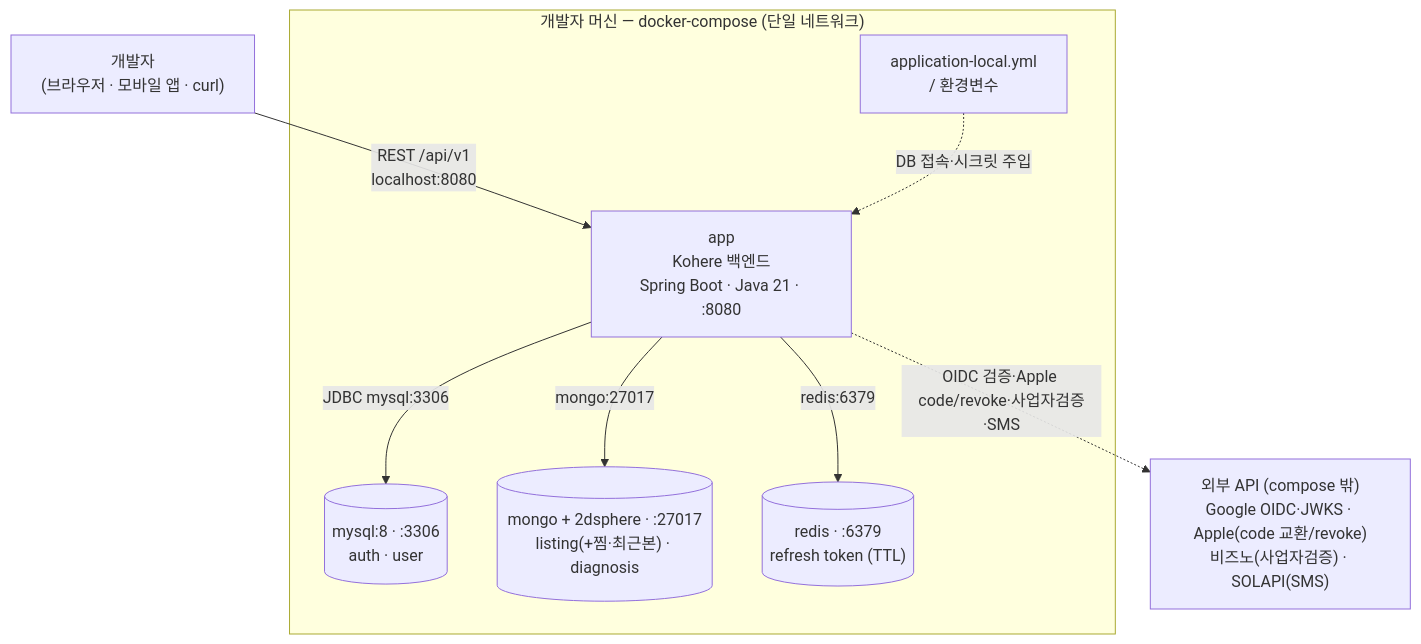
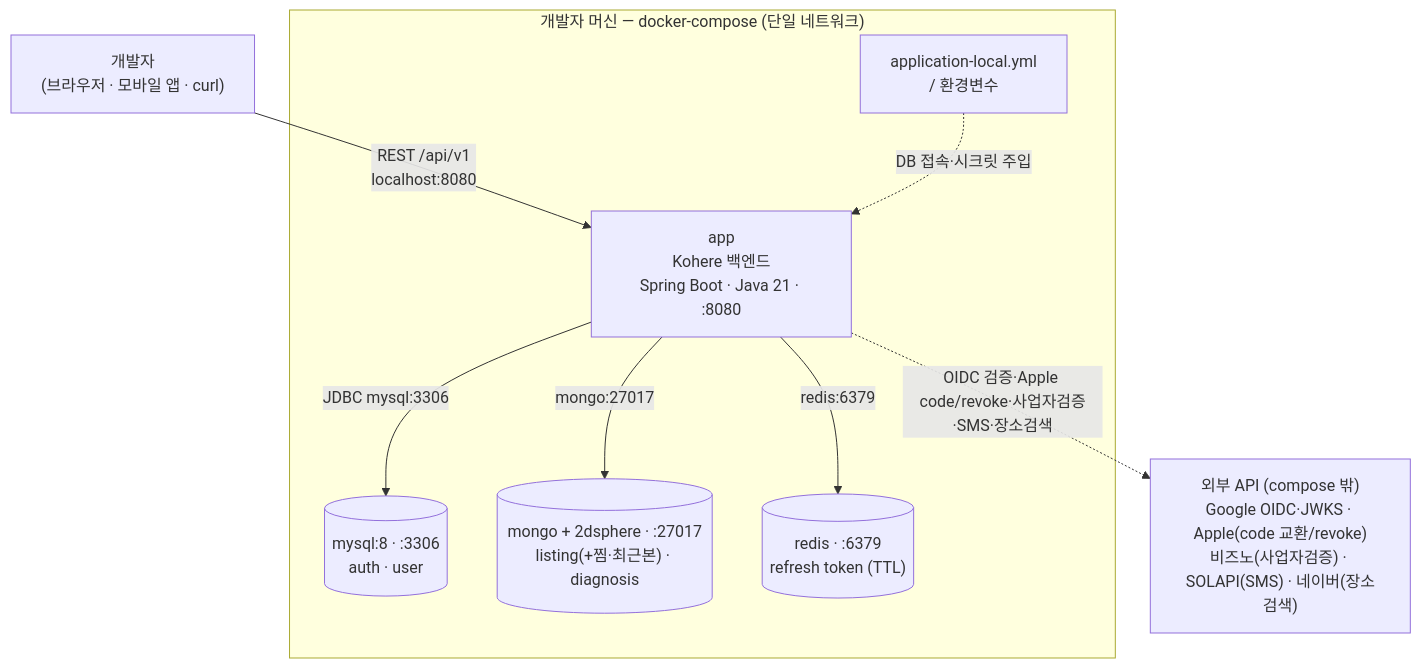
Before and after one commit to jameskim9509/Kohere-backend: the third of 5 diagrams in docs/architecture/system-overview.md, drawn with Mermaid. The commit also changed other lines of this file and 5 other files, not shown here.

First line of the commit message:
docs(architecture): 네이버 지역 검색 연동 아키텍처 문서 정합화

````diff
--- a/docs/architecture/system-overview.md
+++ b/docs/architecture/system-overview.md
@@ -147,21 +149,21 @@
 ```mermaid
 flowchart TB
     DEV["개발자<br/>(브라우저 · 모바일 앱 · curl)"]
 
     subgraph Host["개발자 머신 — docker-compose (단일 네트워크)"]
       APP["app<br/>Kohere 백엔드<br/>Spring Boot · Java 21 · :8080"]
       CFG["application-local.yml<br/>/ 환경변수"]
       MYSQL[("mysql:8 · :3306<br/>auth · user")]
       MONGO[("mongo + 2dsphere · :27017<br/>listing(+찜·최근본) · diagnosis")]
       REDIS[("redis · :6379<br/>refresh token (TTL)")]
     end
 
-    EXT["외부 API (compose 밖)<br/>Google OIDC·JWKS · Apple(code 교환/revoke)<br/>비즈노(사업자검증) · SOLAPI(SMS)"]
+    EXT["외부 API (compose 밖)<br/>Google OIDC·JWKS · Apple(code 교환/revoke)<br/>비즈노(사업자검증) · SOLAPI(SMS) · 네이버(장소검색)"]
 
     DEV -- "REST /api/v1<br/>localhost:8080" --> APP
     CFG -. "DB 접속·시크릿 주입" .-> APP
     APP -- "JDBC  mysql:3306" --> MYSQL
     APP -- "mongo:27017" --> MONGO
     APP -- "redis:6379" --> REDIS
-    APP -. "OIDC 검증·Apple code/revoke·사업자검증·SMS" .-> EXT
+    APP -. "OIDC 검증·Apple code/revoke·사업자검증·SMS·장소검색" .-> EXT
 ```
````
